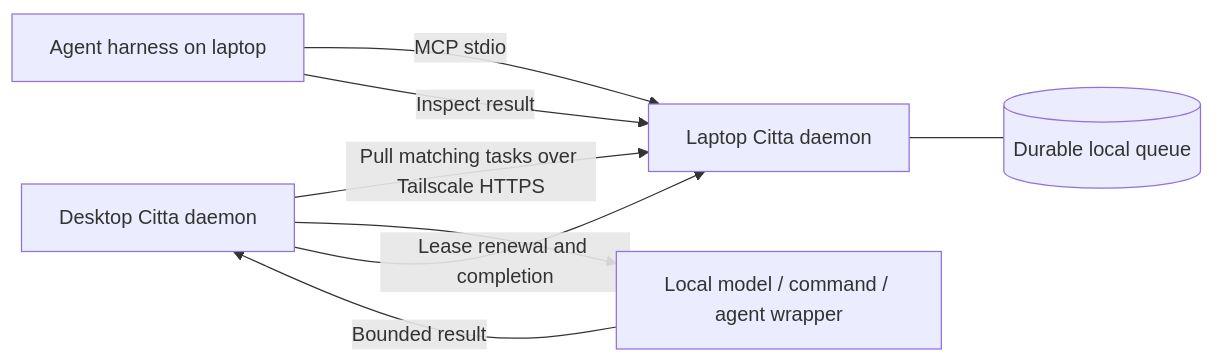
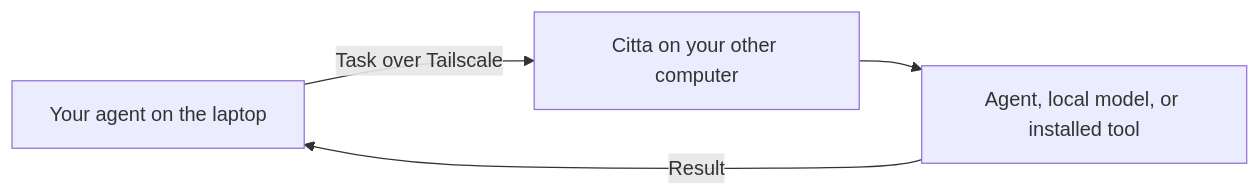
One commit to priyankark/citta changed the diagram in README.md. Above: the diagram before and after it, drawn with Mermaid. The commit also changed other lines of this file and 49 other files, not shown here.

Commit message:
Prepare installable Citta release and guard task execution against low disk

````diff
--- a/README.md
+++ b/README.md
@@ -9,10 +104,6 @@
 ```mermaid
 flowchart LR
-    A[Agent harness on laptop] -->|MCP stdio| L[Laptop Citta daemon]
-    L --- Q[(Durable local queue)]
-    D[Desktop Citta daemon] -->|Pull matching tasks over Tailscale HTTPS| L
-    D --> W[Local model / command / agent wrapper]
-    W -->|Bounded result| D
-    D -->|Lease renewal and completion| L
-    A -->|Inspect result| L
+    A[Your agent on the laptop] -->|Task over Tailscale| B[Citta on your other computer]
+    B --> C[Agent, local model, or installed tool]
+    C -->|Result| A
 ```
````
